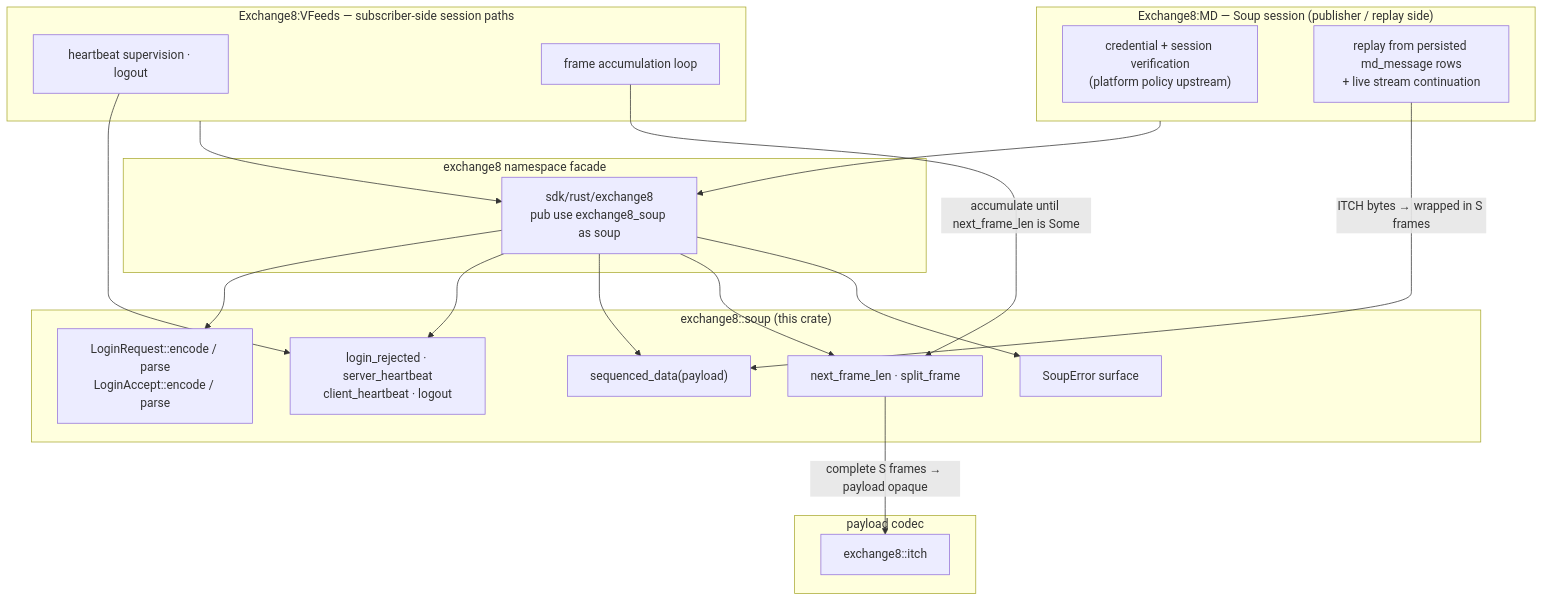
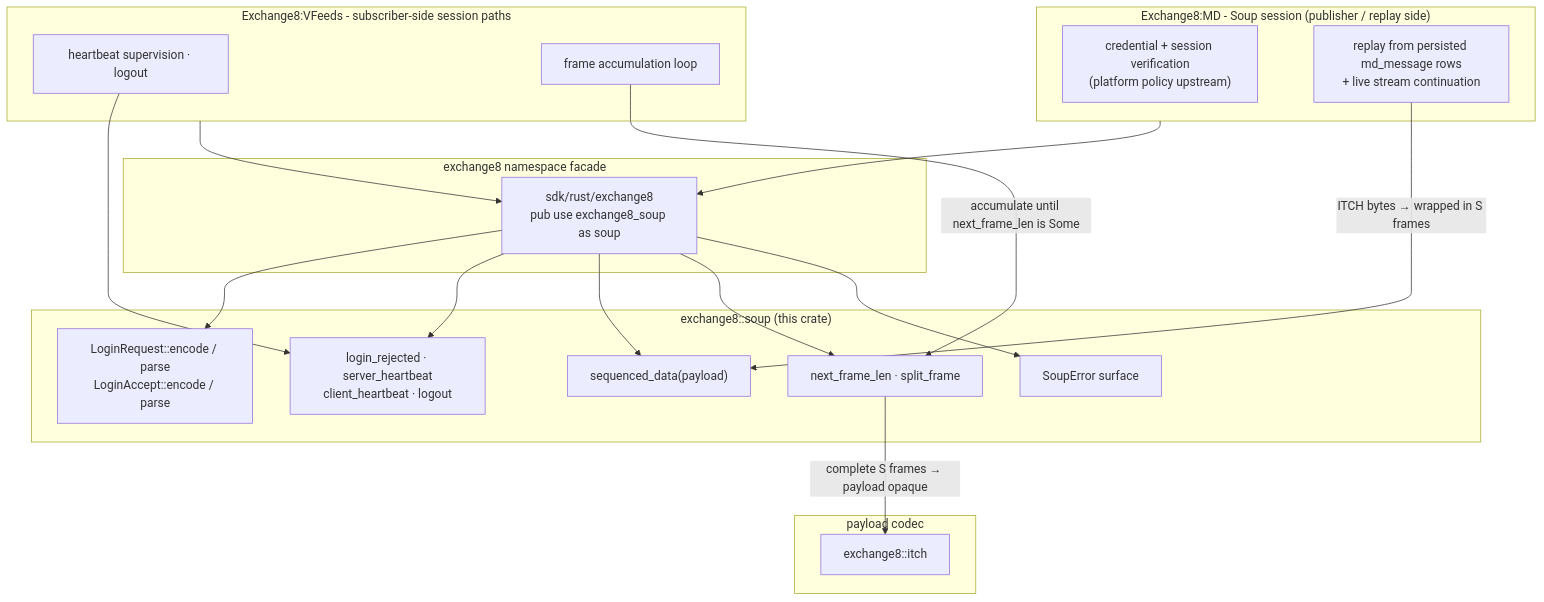
Before and after one commit to Exchange8-dev/exchange8-sdk: the first of 8 diagrams in crates/soup/DESIGN.md, drawn with Mermaid. The commit also changed other lines of this file and 60 other files, not shown here.

````diff
--- a/crates/soup/DESIGN.md
+++ b/crates/soup/DESIGN.md
@@ -29,40 +29,40 @@
 ```mermaid
 graph TD
-    subgraph MDSESS["Exchange8:MD — Soup session (publisher / replay side)"]
+    subgraph MDSESS["Exchange8:MD - Soup session (publisher / replay side)"]
         AUTHZ["credential + session verification<br/>(platform policy upstream)"]
         REP["replay from persisted md_message rows<br/>+ live stream continuation"]
     end
 
-    subgraph VFSESS["Exchange8:VFeeds — subscriber-side session paths"]
+    subgraph VFSESS["Exchange8:VFeeds - subscriber-side session paths"]
         HB["heartbeat supervision · logout"]
         ACC["frame accumulation loop"]
     end
 
     subgraph FACADE["exchange8 namespace facade"]
         SDK["sdk/rust/exchange8<br/>pub use exchange8_soup as soup"]
     end
 
     subgraph CRATE["exchange8::soup (this crate)"]
         LOGIN["LoginRequest::encode / parse<br/>LoginAccept::encode / parse"]
         CTRL["login_rejected · server_heartbeat<br/>client_heartbeat · logout"]
         SD["sequenced_data(payload)"]
         STREAM["next_frame_len · split_frame"]
         ERR["SoupError surface"]
     end
 
     subgraph PAYLOAD["payload codec"]
         ITCH["exchange8::itch"]
     end
 
     MDSESS --> SDK
     VFSESS --> SDK
     SDK --> LOGIN
     SDK --> CTRL
     SDK --> SD
     SDK --> STREAM
     SDK --> ERR
     REP -->|"ITCH bytes → wrapped in S frames"| SD
     ACC -->|"accumulate until next_frame_len is Some"| STREAM
     STREAM -->|"complete S frames → payload opaque"| ITCH
     HB --> CTRL
 ```
````
